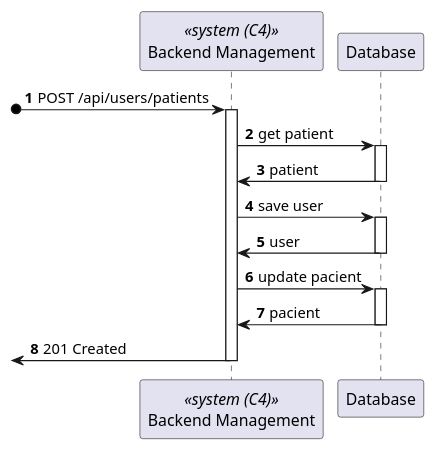
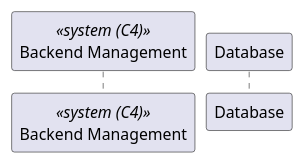
Before and after one commit to Lapr5G21/sem5pi-24-25-3ddg21: the diagram in docs/PatientProfileCreation/views/level3/process-view1.puml, drawn with PlantUML. The commit also changed 8 other files, not shown here.

Commit message:
Update in diagrams #9

```diff
--- a/docs/PatientProfileCreation/views/level3/process-view1.puml
+++ b/docs/PatientProfileCreation/views/level3/process-view1.puml
@@ -1,39 +1,7 @@
-@startuml
+@startuml Patient Profile Creation (level 3 - 1)
 
 autonumber
 participant BE as "Backend Management" <<system (C4)>>
 participant DB as "Database"
 
-?o-> BE : POST /api/users/patients
-activate BE
-
-BE -> DB : get patient
-
-activate DB 
-
-DB -> BE : patient
-
-deactivate DB 
-
-
-BE -> DB : save user
-
-activate DB 
-
-DB -> BE : user 
-
-deactivate DB
-
-BE -> DB : update pacient
-
-activate DB 
-
-DB -> BE : pacient
-
-deactivate DB 
-
-<- BE : 201 Created
-
-deactivate BE
-
 @enduml
```
